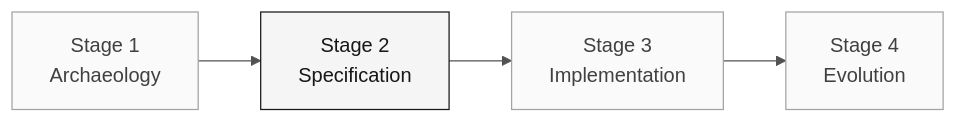
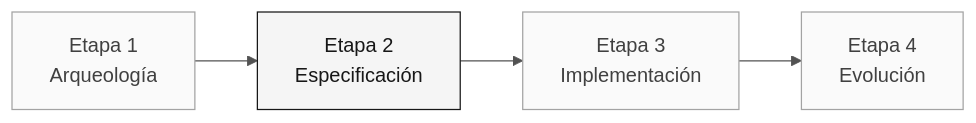
One commit to paulasilvatech/datacorp-sifap-team-kit-pt-br changed the diagram in 05-personas/03-enterprise-architect/PERSONA.md. Above: the diagram before and after it, drawn with Mermaid. The commit also changed other lines of this file and 386 other files, not shown here.

````diff
--- a/05-personas/03-enterprise-architect/PERSONA.md
+++ b/05-personas/03-enterprise-architect/PERSONA.md
@@ -32,11 +32,11 @@
 ```mermaid
 %%{init: {'theme':'neutral','themeVariables':{'fontFamily':'ui-sans-serif, system-ui, sans-serif','primaryColor':'#F5F5F5','primaryTextColor':'#171717','primaryBorderColor':'#171717','lineColor':'#525252','secondaryColor':'#FFFFFF','tertiaryColor':'#FAFAFA','background':'#FFFFFF'}}}%%
 flowchart LR
     classDef active fill:#F5F5F5,stroke:#171717,color:#171717
     classDef support fill:#FAFAFA,stroke:#A3A3A3,color:#404040
     classDef inactive fill:#FFFFFF,stroke:#E5E5E5,color:#A3A3A3
 
-    E1["Stage 1<br/>Archaeology"]:::support --> E2["Stage 2<br/>Specification"]:::active
-    E2 --> E3["Stage 3<br/>Implementation"]:::support
-    E3 --> E4["Stage 4<br/>Evolution"]:::support
+    E1["Etapa 1<br/>Arqueología"]:::support --> E2["Etapa 2<br/>Especificación"]:::active
+    E2 --> E3["Etapa 3<br/>Implementación"]:::support
+    E3 --> E4["Etapa 4<br/>Evolución"]:::support
 ```
````
